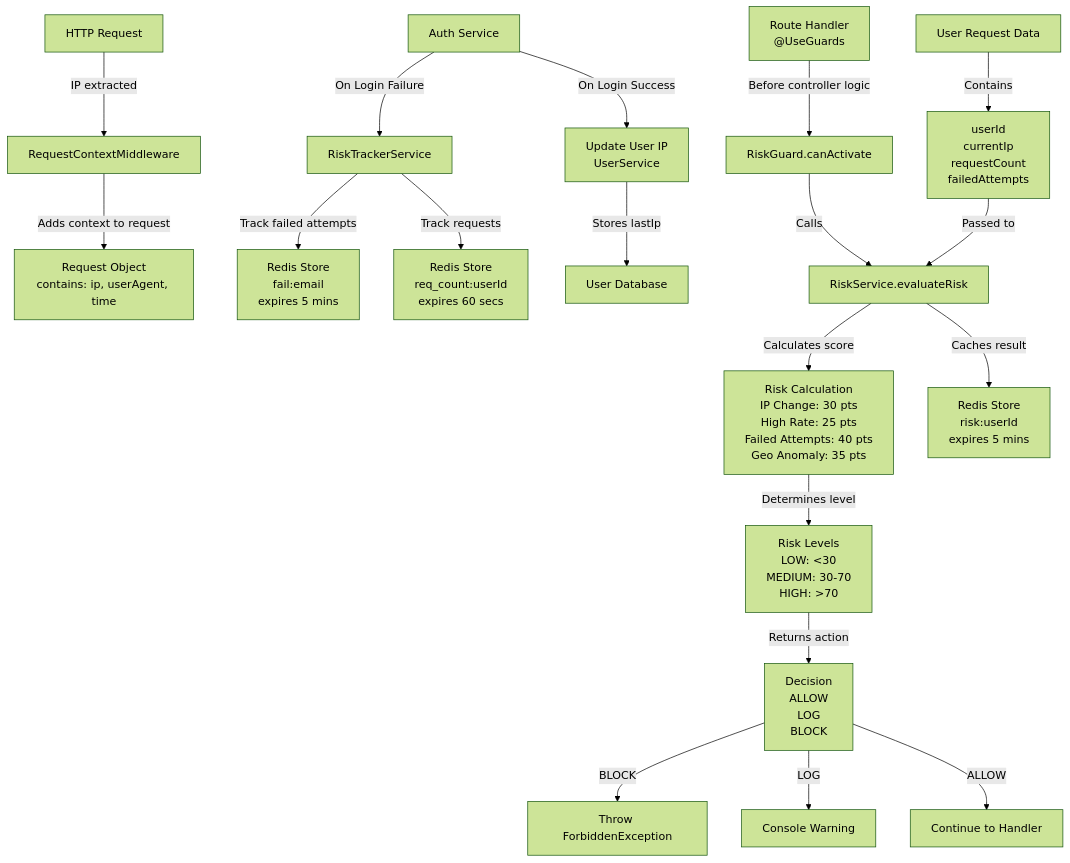
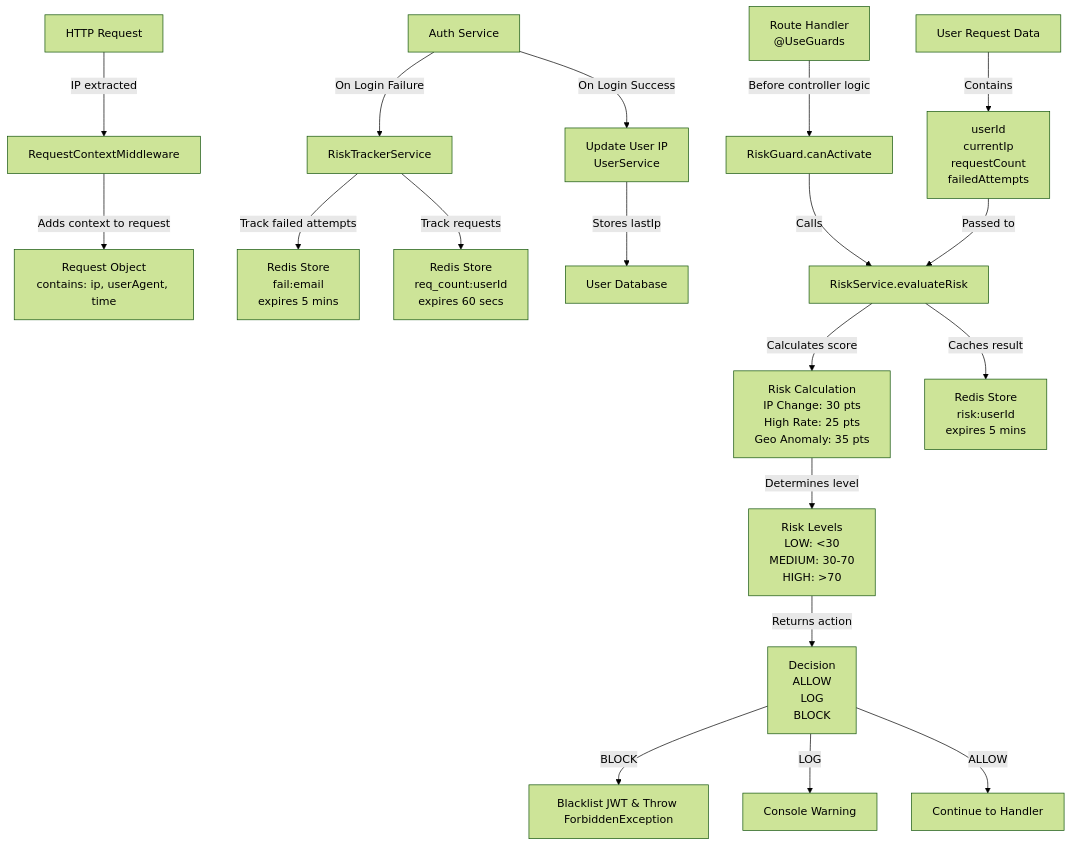
One commit to Prnasin/Zero-Trust-Engine changed the diagram in zero_trust_risk_engine_mermaid_diagram.md. Above: the diagram before and after it, drawn with Mermaid (forest theme). The commit also changed 32 other files, not shown here.

````diff
--- a/zero_trust_risk_engine_mermaid_diagram.md
+++ b/zero_trust_risk_engine_mermaid_diagram.md
@@ -3,31 +3,31 @@
 ```mermaid
 graph TD
     A["HTTP Request"] -->|IP extracted| B["RequestContextMiddleware"]
     B -->|Adds context to request| C["Request Object<br/>contains: ip, userAgent, time"]
     
     D["Auth Service"] -->|On Login Failure| E["RiskTrackerService"]
     E -->|Track failed attempts| F["Redis Store<br/>fail:email<br/>expires 5 mins"]
     
     D -->|On Login Success| G["Update User IP<br/>UserService"]
     G -->|Stores lastIp| H["User Database"]
     
     I["Route Handler<br/>@UseGuards"] -->|Before controller logic| J["RiskGuard.canActivate"]
     J -->|Calls| K["RiskService.evaluateRisk"]
     
     L["User Request Data"] -->|Contains| M["userId<br/>currentIp<br/>requestCount<br/>failedAttempts"]
     M -->|Passed to| K
     
-    K -->|Calculates score| N["Risk Calculation<br/>IP Change: 30 pts<br/>High Rate: 25 pts<br/>Failed Attempts: 40 pts<br/>Geo Anomaly: 35 pts"]
+    K -->|Calculates score| N["Risk Calculation<br/>IP Change: 30 pts<br/>High Rate: 25 pts<br/>Geo Anomaly: 35 pts"]
     
     N -->|Determines level| O["Risk Levels<br/>LOW: <30<br/>MEDIUM: 30-70<br/>HIGH: >70"]
     
     O -->|Returns action| P["Decision<br/>ALLOW<br/>LOG<br/>BLOCK"]
     
-    P -->|BLOCK| Q["Throw ForbiddenException"]
+    P -->|BLOCK| Q["Blacklist JWT & Throw ForbiddenException"]
     P -->|LOG| R["Console Warning"]
     P -->|ALLOW| S["Continue to Handler"]
     
     E -->|Track requests| T["Redis Store<br/>req_count:userId<br/>expires 60 secs"]
     
     K -->|Caches result| U["Redis Store<br/>risk:userId<br/>expires 5 mins"]
 ```
````
